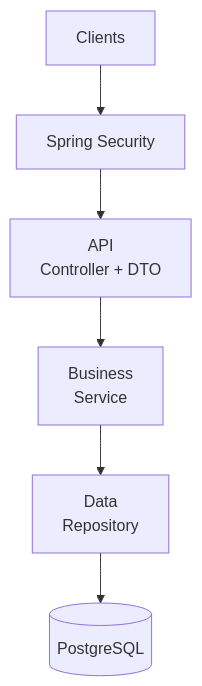
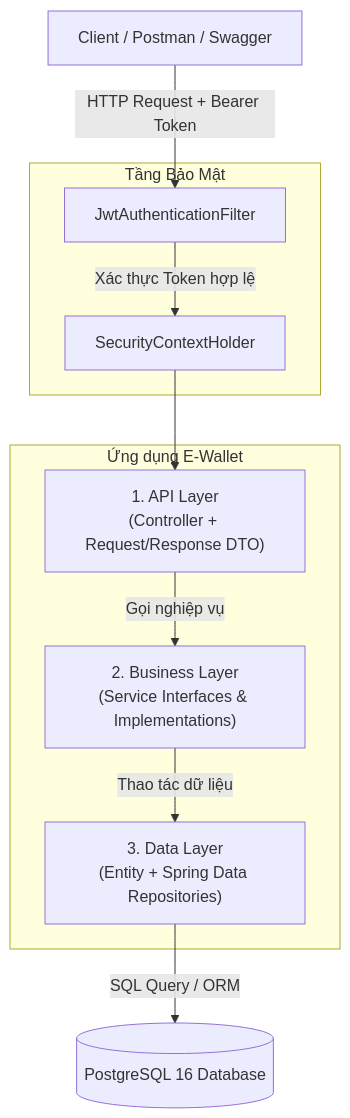
One commit to meoluoi3/E-wallet changed the first of 4 diagrams in README.md. Above: the diagram before and after it, drawn with Mermaid. The commit also changed other lines of this file and 2 other files, not shown here.

Commit message:
edit readme + api specification

````diff
--- a/README.md
+++ b/README.md
@@ -78,11 +80,24 @@
 ```mermaid
 flowchart TD
-    C["Clients"]
-    S["Spring Security"]
-    API[" API<br/>Controller + DTO"]
-    B[" Business<br/>Service"]
-    A[" Data<br/>Repository"]
-    DB[("PostgreSQL")]
+    Client["Client / Postman / Swagger"]
+    
+    subgraph SecurityLayer ["Tầng Bảo Mật"]
+        Filter["JwtAuthenticationFilter"]
+        SecurityContext["SecurityContextHolder"]
+    end
+    
+    subgraph AppCore ["Ứng dụng E-Wallet"]
+        API["1. API Layer<br/>(Controller + Request/Response DTO)"]
+        Business["2. Business Layer<br/>(Service Interfaces & Implementations)"]
+        Data["3. Data Layer<br/>(Entity + Spring Data Repositories)"]
+    end
+    
+    DB[("PostgreSQL 16 Database")]
 
-    C --> S --> API --> B --> A --> DB
+    Client -->|HTTP Request + Bearer Token| Filter
+    Filter -->|Xác thực Token hợp lệ| SecurityContext
+    SecurityContext --> API
+    API -->|Gọi nghiệp vụ| Business
+    Business -->|Thao tác dữ liệu| Data
+    Data -->|SQL Query / ORM| DB
 ```
````
